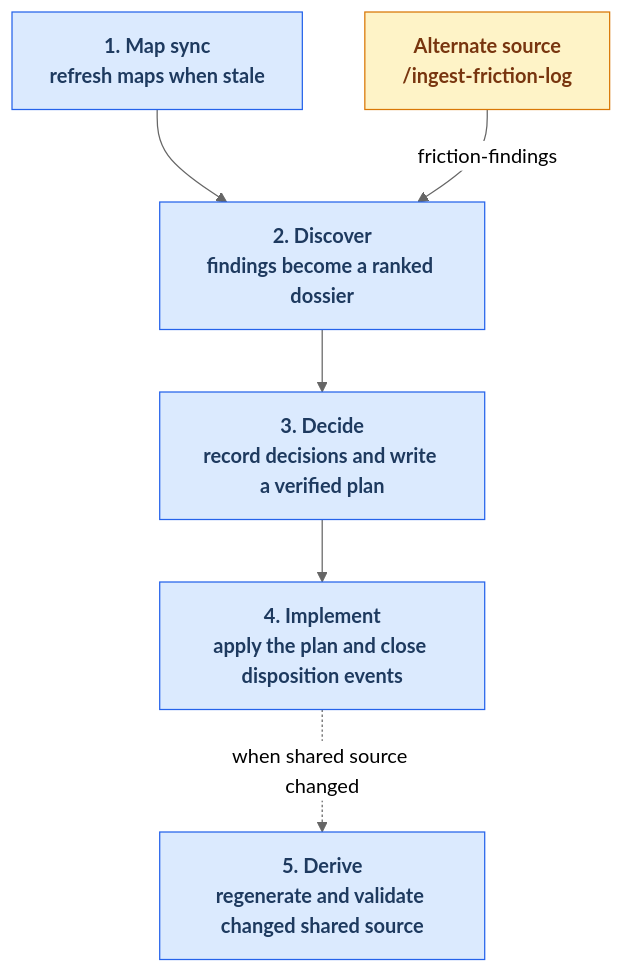
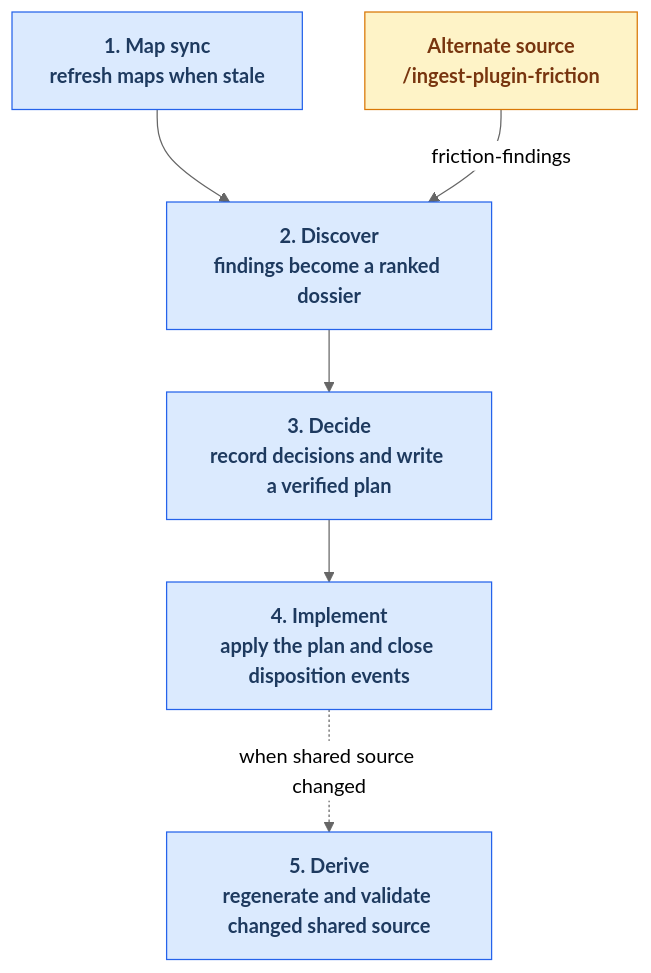
The diagram in docs/maintainer-tooling.md (russell-laing/al-dev-shared), drawn with Mermaid (neutral theme) before and after one commit. The commit also changed other lines of this file and 57 other files, not shown here.

````diff
--- a/docs/maintainer-tooling.md
+++ b/docs/maintainer-tooling.md
@@ -47,21 +47,21 @@
 ```mermaid
 flowchart TD
     classDef stage fill:#dbeafe,stroke:#2563eb,color:#1e3a5f,font-weight:bold
     classDef alternate fill:#fef3c7,stroke:#d97706,color:#78350f,font-weight:bold
 
     stage_map_sync["1. Map sync<br/>refresh maps when stale"]
     stage_discover["2. Discover<br/>findings become a ranked dossier"]
     stage_decide["3. Decide<br/>record decisions and write a verified plan"]
     stage_implement["4. Implement<br/>apply the plan and close disposition events"]
     stage_derive["5. Derive<br/>regenerate and validate changed shared source"]
-    entry_friction["Alternate source<br/>/ingest-friction-log"]
+    entry_friction["Alternate source<br/>/ingest-plugin-friction"]
 
     stage_map_sync --> stage_discover
     entry_friction -- "friction-findings" --> stage_discover
     stage_discover --> stage_decide
     stage_decide --> stage_implement
     stage_implement -. "when shared source changed" .-> stage_derive
 
     class stage_map_sync,stage_discover,stage_decide,stage_implement,stage_derive stage
     class entry_friction alternate
 ```
````
